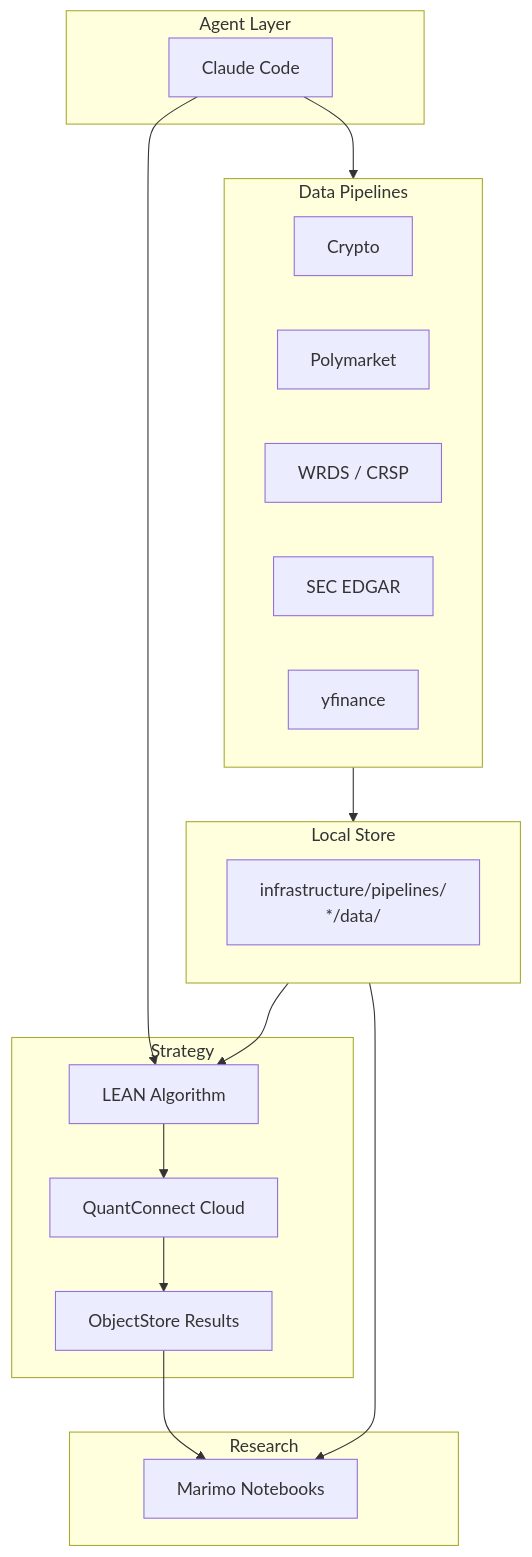
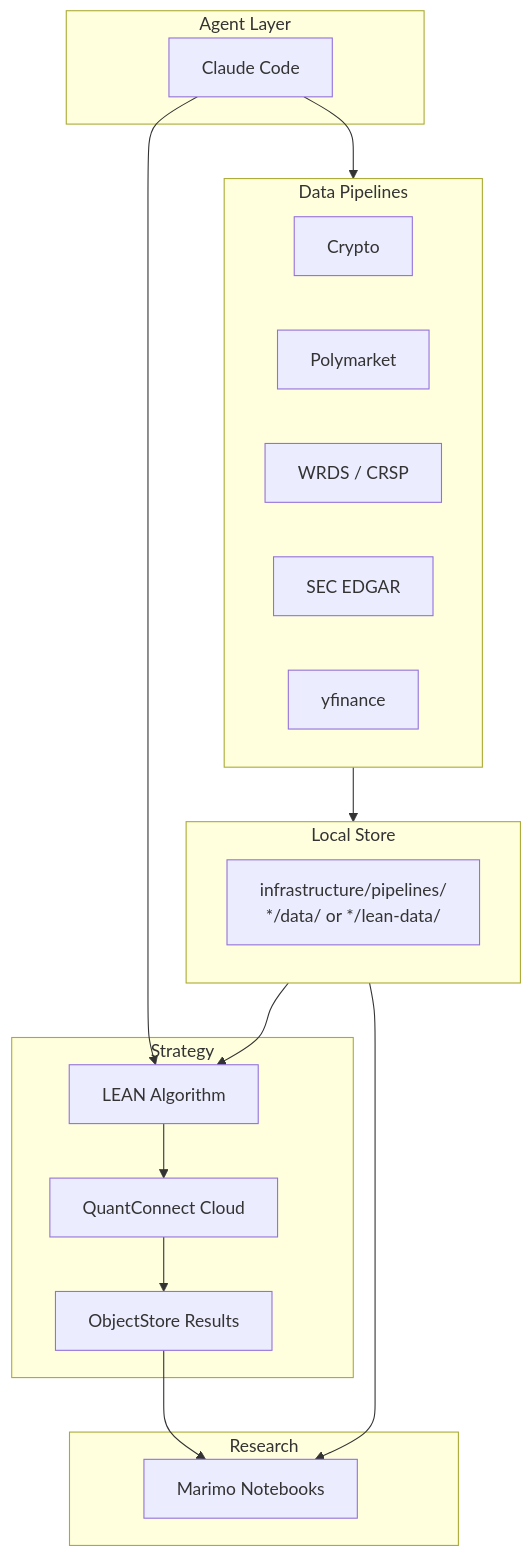
One commit to WolfpackOfOne/Q-agent changed the second of 5 diagrams in docs/architecture.md. Above: the diagram before and after it, drawn with Mermaid. The commit also changed other lines of this file, not shown here.

Commit message:
Docs audit: align architecture pipeline paths

````diff
--- a/docs/architecture.md
+++ b/docs/architecture.md
@@ -26,37 +26,37 @@
 ```mermaid
 graph TD
     subgraph Pipelines["Data Pipelines"]
         P1[Crypto]
         P2[Polymarket]
         P3[WRDS / CRSP]
         P4[SEC EDGAR]
         P5[yfinance]
     end
 
     subgraph Local["Local Store"]
-        D1["infrastructure/pipelines/\n*/data/"]
+        D1["infrastructure/pipelines/\n*/data/ or */lean-data/"]
     end
 
     subgraph Research["Research"]
         N1[Marimo Notebooks]
     end
 
     subgraph Strategy["Strategy"]
         S1[LEAN Algorithm]
         S2[QuantConnect Cloud]
         OS[ObjectStore Results]
     end
 
     subgraph Agent["Agent Layer"]
         A1[Claude Code]
     end
 
     Pipelines --> Local
     Local --> N1
     Local --> S1
     S1 --> S2
     S2 --> OS
     OS --> N1
     A1 --> S1
     A1 --> Pipelines
 ```
````
